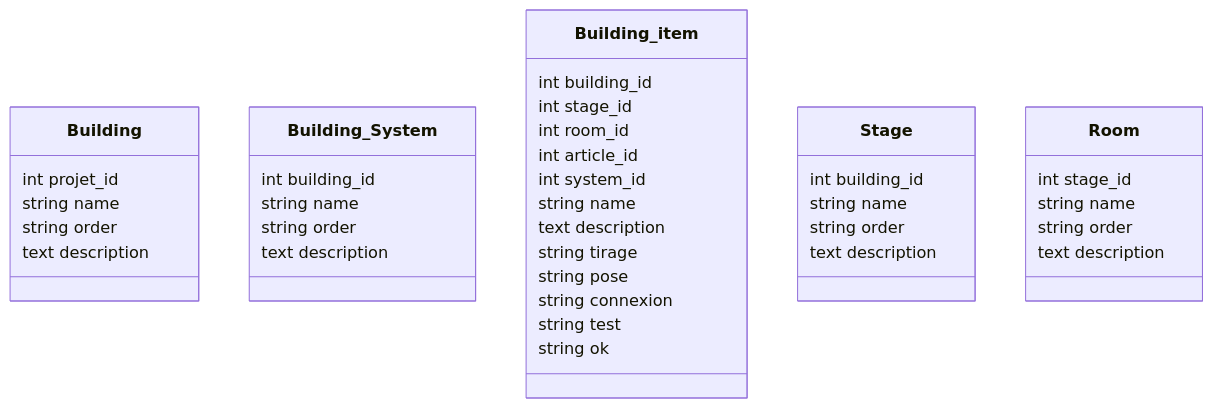
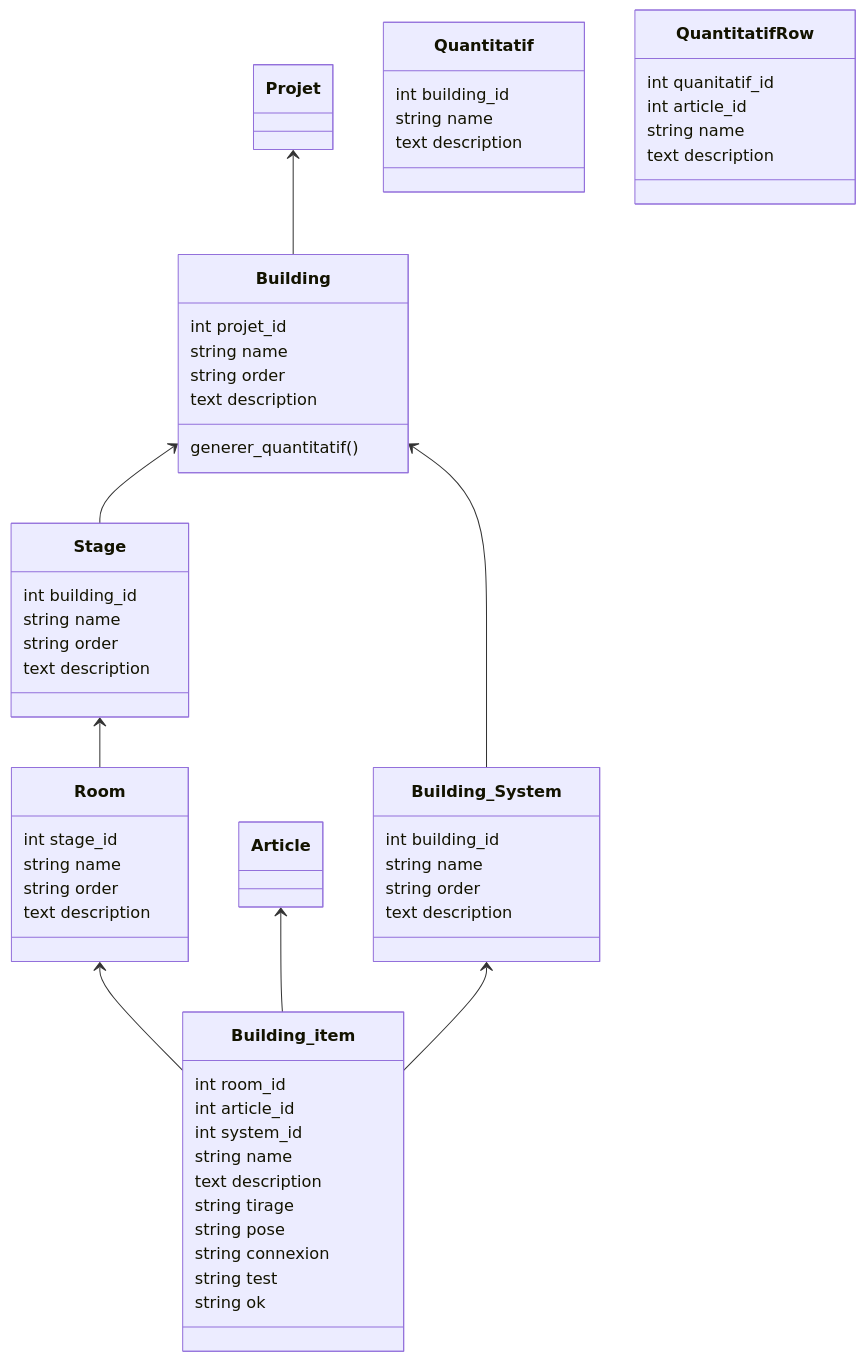
Before and after one commit to desmond8500/Dash3: the diagram in database/docs/05_Building.md, drawn with Mermaid. The commit also changed 28 other files, not shown here.

````diff
--- a/database/docs/05_Building.md
+++ b/database/docs/05_Building.md
@@ -24,51 +24,70 @@
 ```mermaid
 classDiagram
+
+Projet <-- Building
+ Building <--  Building_System
+ Building <--  Stage
+ Stage <--  Room
+ Room <--  Building_item
+ Article <--  Building_item
+ Building_System <--  Building_item
 
 class Building {
     int projet_id
     string name
     string order
     text description
+
+    generer_quantitatif()
 }
 
 class Building_System {
     int building_id
     string name
     string order
     text description
 }
 
 class Building_item {
-    int building_id
-    int stage_id
     int room_id
     int article_id
     int system_id
     string name
     text description
 
     string tirage
     string pose
     string connexion
     string test
     string ok
 }
 
 class Stage {
     int building_id
     string name
     string order
     text description
 }
 
 class Room {
     int stage_id
     string name
     string order
     text description
 }
 
+class Quantitatif {
+    int building_id
+    string name
+    text description
+}
 
+class QuantitatifRow {
+    int quanitatif_id
+    int article_id
+    string name
+    text description
+}
 
 
 ```
````
